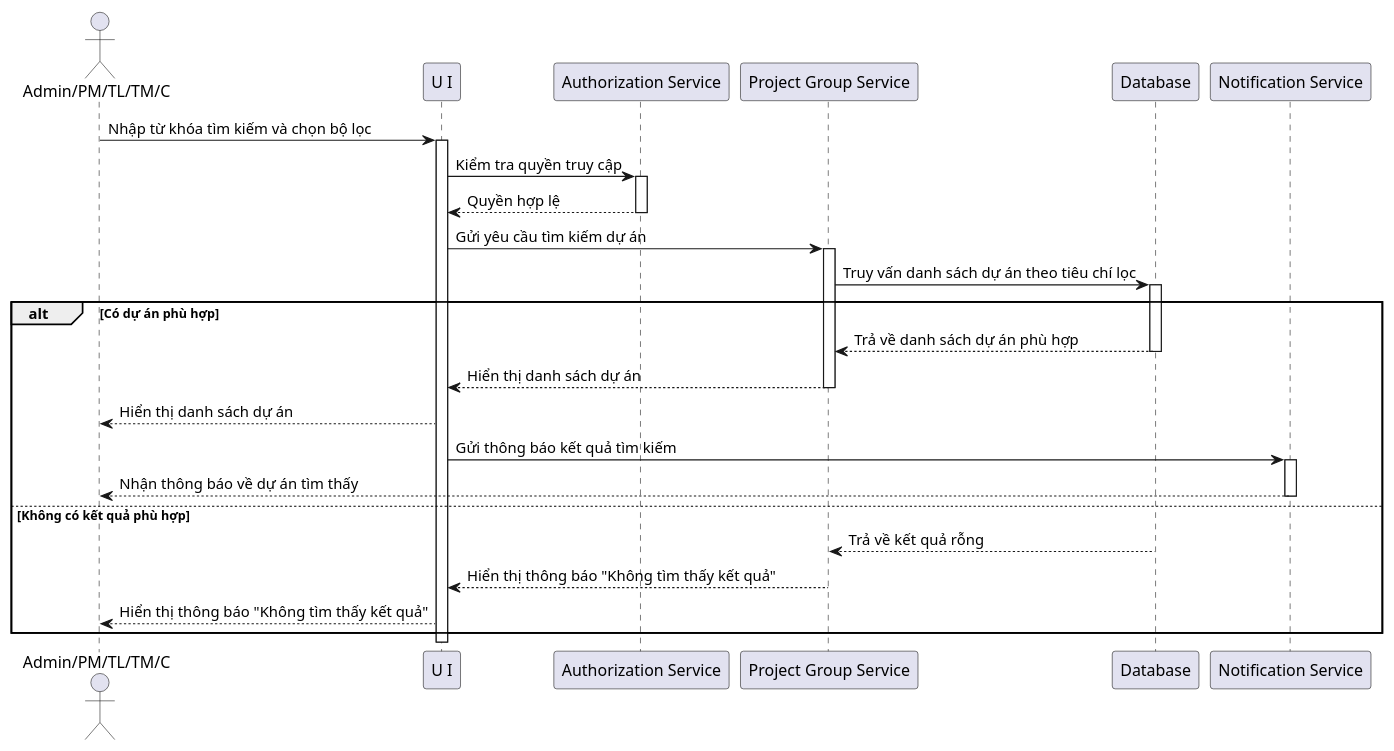
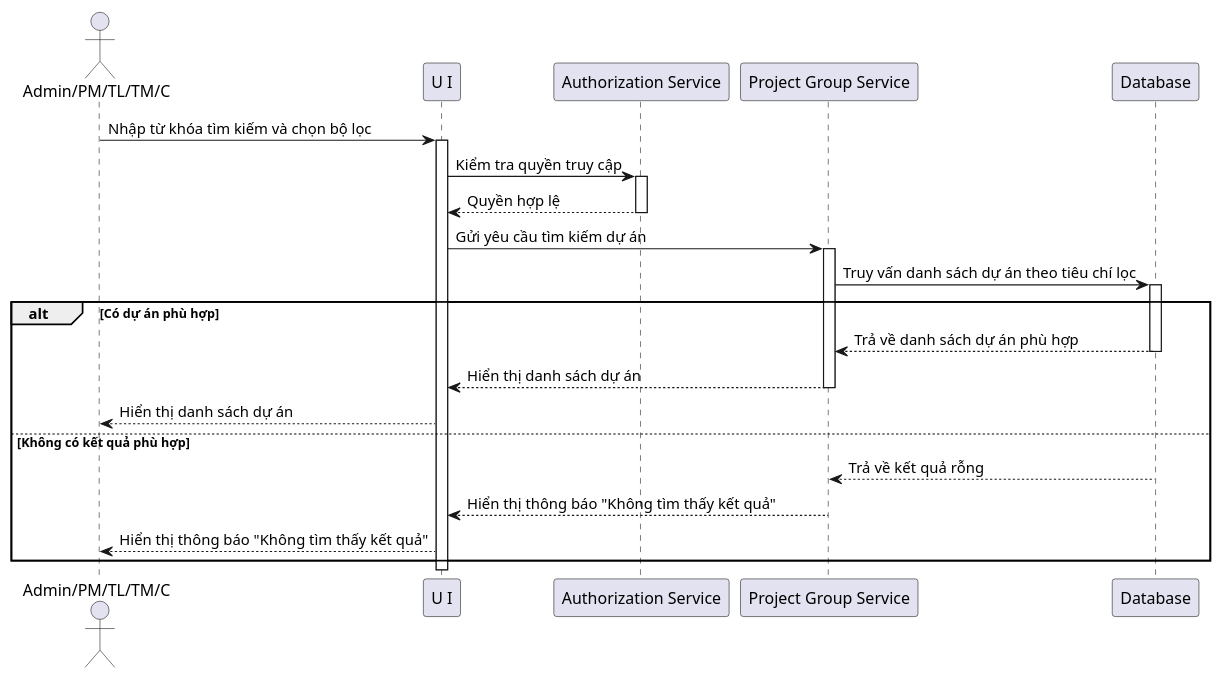
Before and after one commit to MaiDucDuy05/UML: the diagram in module2/TimKiemLoc.puml, drawn with PlantUML. The commit also changed 12 other files, not shown here.

```diff
--- a/module2/TimKiemLoc.puml
+++ b/module2/TimKiemLoc.puml
@@ -1,47 +1,41 @@
 @startuml
 actor "Admin/PM/TL/TM/C" as User
 
 participant "U I" as UI
 participant "Authorization Service"
 participant "Project Group Service" as System
 participant "Database" as DB
-participant "Notification Service"
 
 User -> UI: Nhập từ khóa tìm kiếm và chọn bộ lọc
 activate UI
 
 UI -> "Authorization Service": Kiểm tra quyền truy cập
 activate "Authorization Service"
 
 "Authorization Service" --> UI: Quyền hợp lệ
 deactivate "Authorization Service"
 
 UI -> System: Gửi yêu cầu tìm kiếm dự án
 activate System
 
 System -> DB: Truy vấn danh sách dự án theo tiêu chí lọc
 activate DB
 
 alt Có dự án phù hợp
     DB --> System: Trả về danh sách dự án phù hợp
     deactivate DB
 
     System --> UI: Hiển thị danh sách dự án
     deactivate System
     UI --> User: Hiển thị danh sách dự án
-
-    UI -> "Notification Service": Gửi thông báo kết quả tìm kiếm
-    activate "Notification Service"
-    "Notification Service" --> User: Nhận thông báo về dự án tìm thấy
-    deactivate "Notification Service"
-
+    
 else Không có kết quả phù hợp
     DB --> System: Trả về kết quả rỗng
     deactivate DB
 
     System --> UI: Hiển thị thông báo "Không tìm thấy kết quả"
     deactivate System
     UI --> User: Hiển thị thông báo "Không tìm thấy kết quả"
 end
 
 @enduml
```
